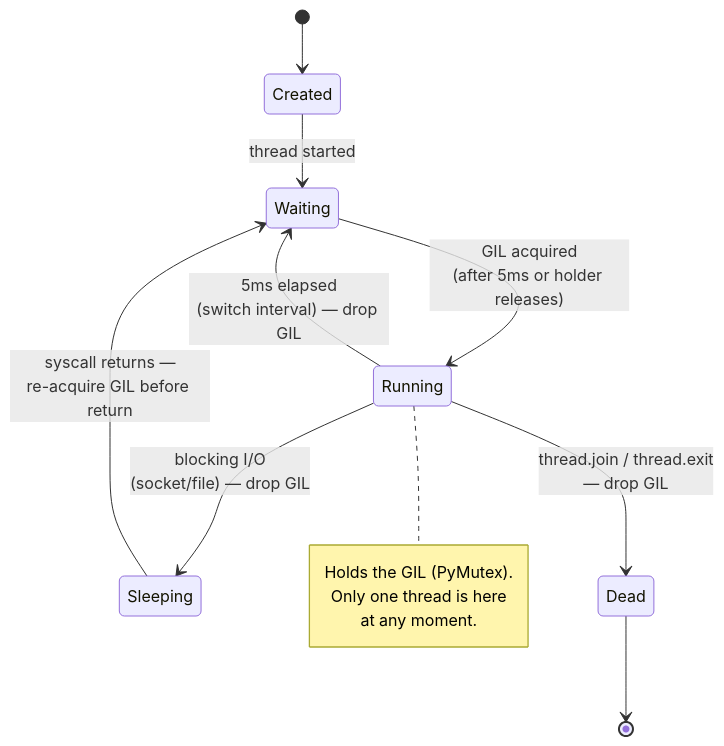
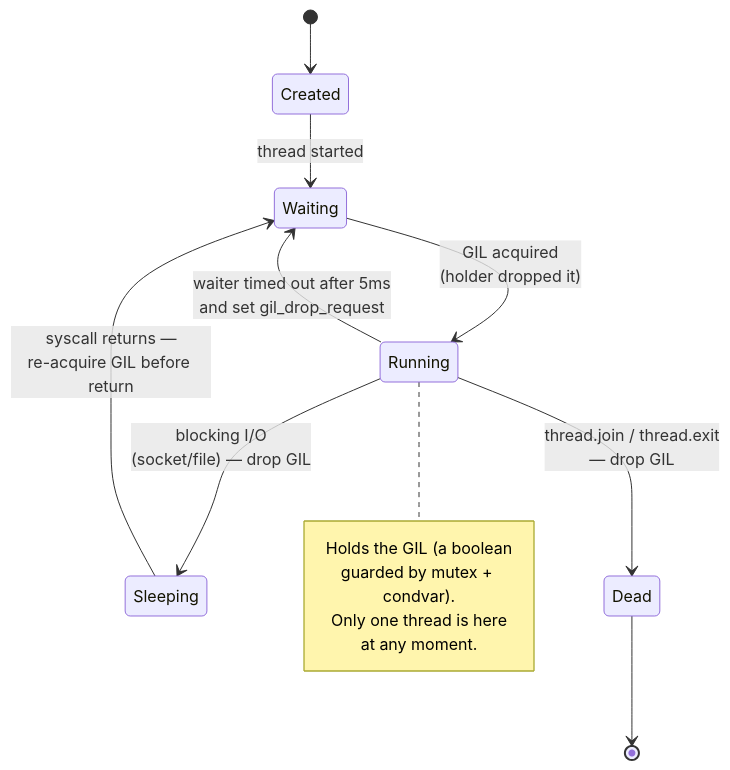
One commit to rppol/system-design changed the second of 7 diagrams in src/main/java/com/rutik/systemdesign/python/the_gil_and_free_threading/README.md. Above: the diagram before and after it, drawn with Mermaid. The commit also changed other lines of this file and 3 other files, not shown here.

````diff
--- a/src/main/java/com/rutik/systemdesign/python/the_gil_and_free_threading/README.md
+++ b/src/main/java/com/rutik/systemdesign/python/the_gil_and_free_threading/README.md
@@ -162,17 +177,18 @@
 ```mermaid
 stateDiagram-v2
     [*] --> Created
     Created --> Waiting: thread started
-    Waiting --> Running: GIL acquired<br/>(after 5ms or holder releases)
-    Running --> Waiting: 5ms elapsed<br/>(switch interval) — drop GIL
+    Waiting --> Running: GIL acquired<br/>(holder dropped it)
+    Running --> Waiting: waiter timed out after 5ms<br/>and set gil_drop_request
     Running --> Sleeping: blocking I/O<br/>(socket/file) — drop GIL
     Running --> Dead: thread.join / thread.exit<br/>— drop GIL
     Sleeping --> Waiting: syscall returns —<br/>re-acquire GIL before return
     Dead --> [*]
 
     note right of Running
-        Holds the GIL (PyMutex).
+        Holds the GIL (a boolean
+        guarded by mutex + condvar).
         Only one thread is here
         at any moment.
     end note
 ```
````
